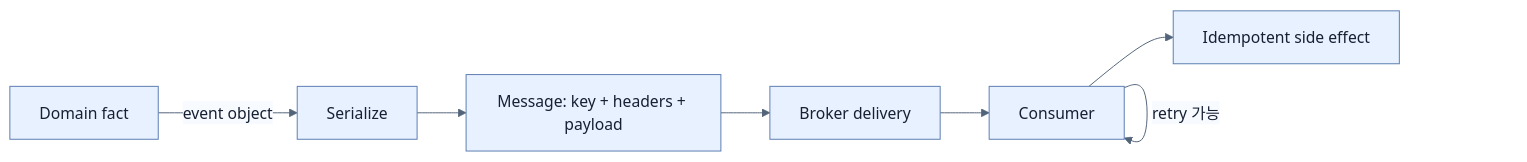
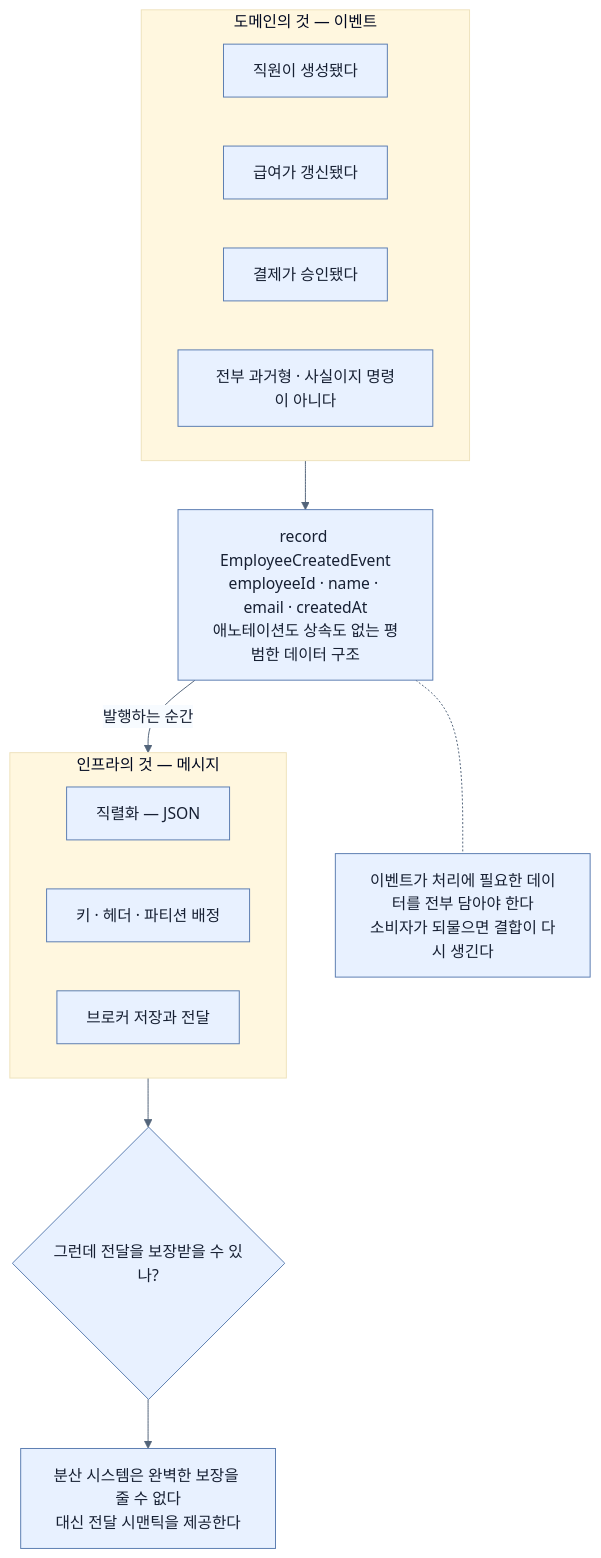
Before and after one commit to sing-u8/Learning_Spring_Boot_4: the diagram in spring-boot-4-pdf-notes/part-4-scaling-an-application-with-spring-boot/chapter-12-messaging-and-asynchronous-communication-in-spring-boot-4/02-events-messages-and-delivery-semantics.md, drawn with Mermaid. The commit also changed other lines of this file and 253 other files, not shown here.

````diff
--- a/spring-boot-4-pdf-notes/part-4-scaling-an-application-with-spring-boot/chapter-12-messaging-and-asynchronous-communication-in-spring-boot-4/02-events-messages-and-delivery-semantics.md
+++ b/spring-boot-4-pdf-notes/part-4-scaling-an-application-with-spring-boot/chapter-12-messaging-and-asynchronous-communication-in-spring-boot-4/02-events-messages-and-delivery-semantics.md
@@ -37,10 +89,26 @@
 ```mermaid
 %%{init: {'theme': 'base', 'themeVariables': {'background': '#ffffff', 'primaryColor': '#e8f1ff', 'primaryTextColor': '#172033', 'primaryBorderColor': '#5b7db1', 'lineColor': '#52647a', 'secondaryColor': '#f7fbff', 'tertiaryColor': '#fff7df'}}}%%
-flowchart LR
-    F[Domain fact] -->|event object| S[Serialize]
-    S --> M[Message: key + headers + payload]
-    M --> B[Broker delivery]
-    B --> C[Consumer]
-    C -->|retry 가능| C
-    C --> I[Idempotent side effect]
+flowchart TB
+    subgraph DOMAIN["도메인의 것 — 이벤트"]
+        D1["직원이 생성됐다"]
+        D2["급여가 갱신됐다"]
+        D3["결제가 승인됐다"]
+        D4["전부 과거형 · 사실이지 명령이 아니다"]
+    end
+
+    DOMAIN --> CODE["record EmployeeCreatedEvent<br/>employeeId · name · email · createdAt<br/>애노테이션도 상속도 없는 평범한 데이터 구조"]
+
+    CODE -->|"발행하는 순간"| INFRA
+
+    subgraph INFRA["인프라의 것 — 메시지"]
+        I1["직렬화 — JSON"]
+        I2["키 · 헤더 · 파티션 배정"]
+        I3["브로커 저장과 전달"]
+    end
+
+    INFRA --> Q{"그런데 전달을 보장받을 수 있나?"}
+    Q --> ANS["분산 시스템은 완벽한 보장을 줄 수 없다<br/>대신 전달 시맨틱을 제공한다"]
+
+    SELF["이벤트가 처리에 필요한 데이터를 전부 담아야 한다<br/>소비자가 되물으면 결합이 다시 생긴다"]
+    CODE -.- SELF
 ```
````
